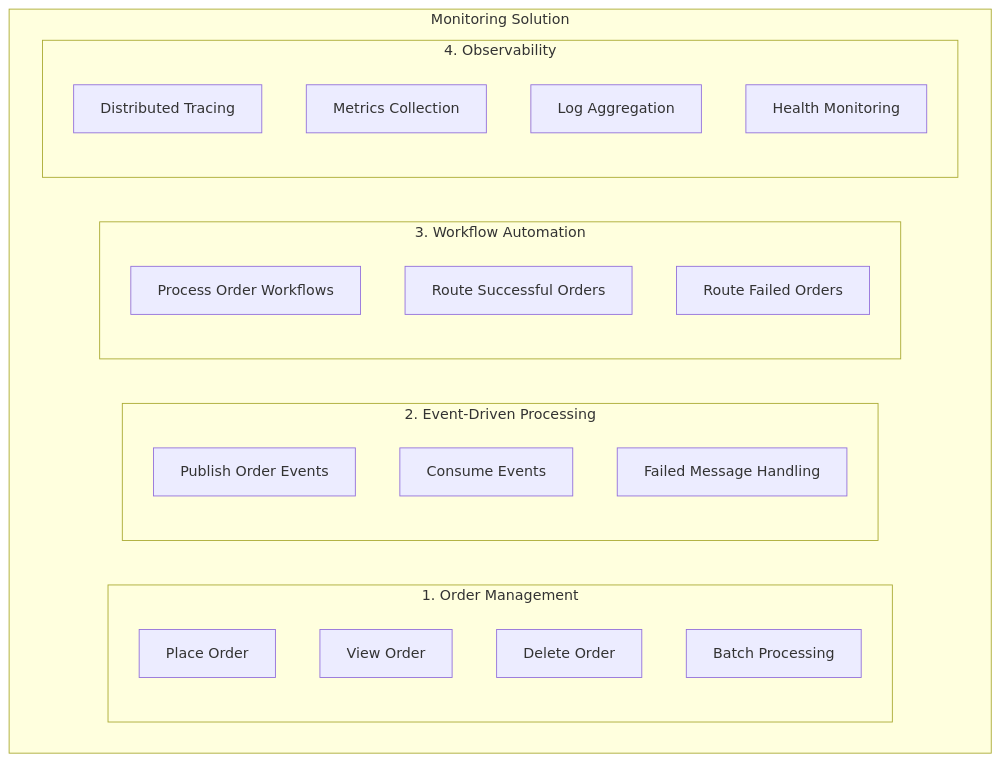
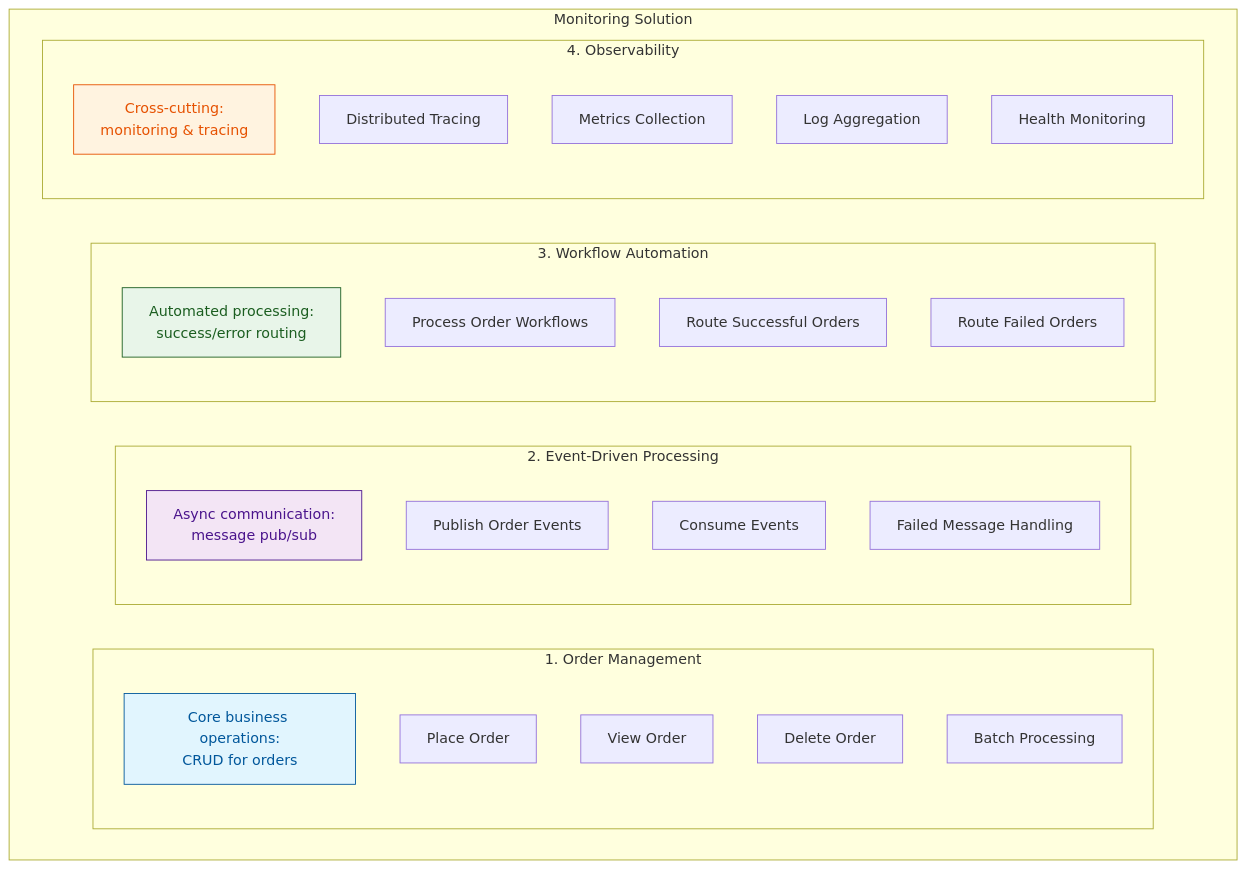
The first of 12 diagrams in docs/SolutionArchitecture.md (Evilazaro/Azure-LogicApps-Monitoring), drawn with Mermaid before and after one commit. The commit also changed other lines of this file, not shown here.

Commit message:
Enhance architecture documentation with detailed descriptions for order management, event processing, workflow automation, and observability components in SolutionArchitecture.md

````diff
--- a/docs/SolutionArchitecture.md
+++ b/docs/SolutionArchitecture.md
@@ -70,30 +70,39 @@
 ```mermaid
 flowchart TD
     subgraph Enterprise["Monitoring Solution"]
         subgraph L1_OrderMgmt["1. Order Management"]
+            L1_Desc["Core business operations:<br/>CRUD for orders"]
             PlaceOrder["Place Order"]
             ViewOrder["View Order"]
             DeleteOrder["Delete Order"]
             BatchProcess["Batch Processing"]
         end
         
         subgraph L2_EventProcessing["2. Event-Driven Processing"]
+            L2_Desc["Async communication:<br/>message pub/sub"]
             PublishEvents["Publish Order Events"]
             ConsumeEvents["Consume Events"]
             DeadLetterMgmt["Failed Message Handling"]
         end
         
         subgraph L3_WorkflowAutomation["3. Workflow Automation"]
+            L3_Desc["Automated processing:<br/>success/error routing"]
             ProcessOrders["Process Order Workflows"]
             RouteSuccess["Route Successful Orders"]
             RouteErrors["Route Failed Orders"]
         end
         
         subgraph L4_Observability["4. Observability"]
+            L4_Desc["Cross-cutting:<br/>monitoring & tracing"]
             DistributedTracing["Distributed Tracing"]
             MetricsCollection["Metrics Collection"]
             LogAggregation["Log Aggregation"]
             HealthMonitoring["Health Monitoring"]
         end
     end
+    
+    style L1_Desc fill:#e1f5fe,stroke:#01579b,color:#01579b
+    style L2_Desc fill:#f3e5f5,stroke:#4a148c,color:#4a148c
+    style L3_Desc fill:#e8f5e9,stroke:#1b5e20,color:#1b5e20
+    style L4_Desc fill:#fff3e0,stroke:#e65100,color:#e65100
 ```
````
